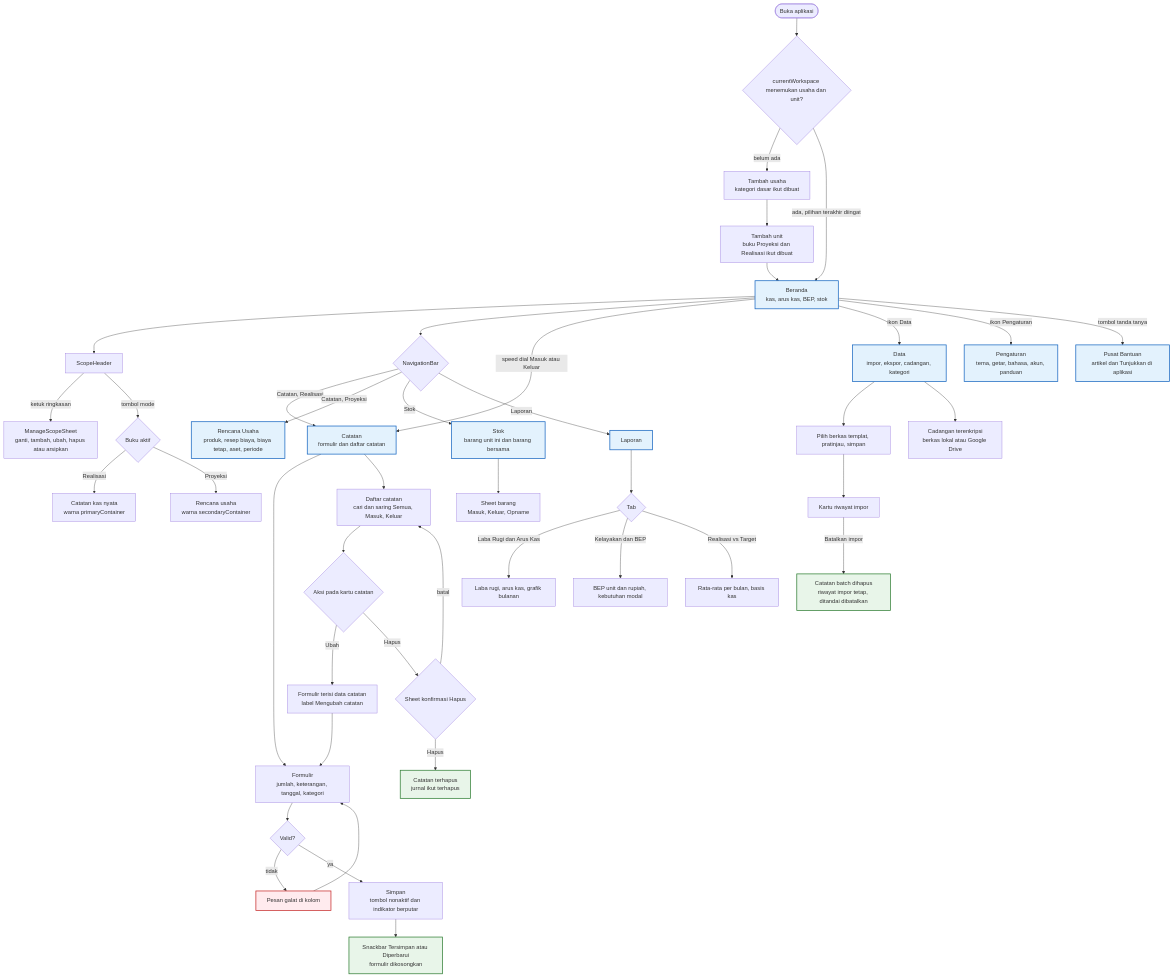
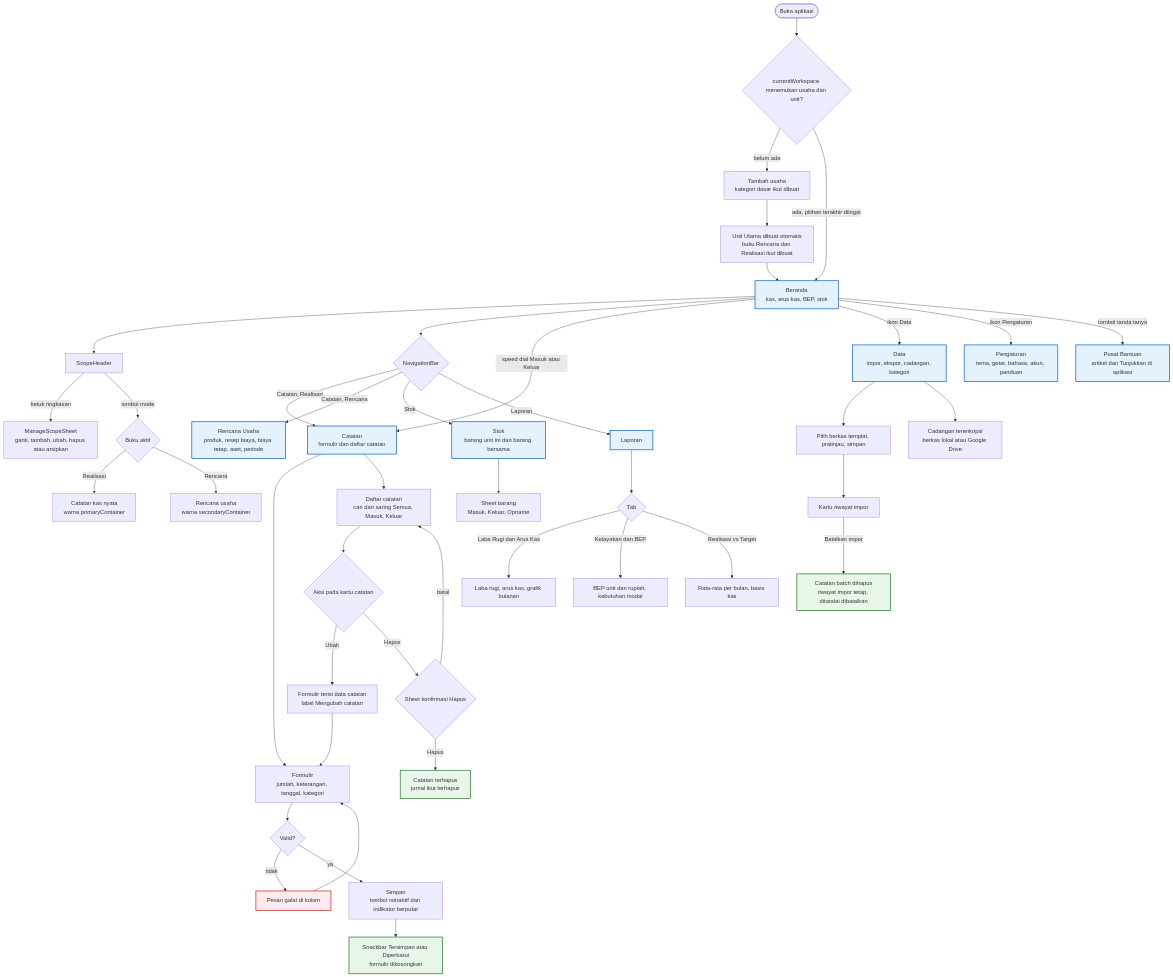
The diagram in docs/diagrams/05_user_flow_diagram.md (adsurkasur/Mankeu), drawn with Mermaid before and after one commit. The commit also changed other lines of this file and 94 other files, not shown here.

First line of the commit message:
feat(mankeu): sync between phones as a release feature (DEC-024, schema 12)

````diff
--- a/docs/diagrams/05_user_flow_diagram.md
+++ b/docs/diagrams/05_user_flow_diagram.md
@@ -5,57 +5,57 @@
 ```mermaid
 flowchart TD
     launch(["Buka aplikasi"]) --> workspace{"currentWorkspace menemukan usaha dan unit?"}
     workspace -->|"belum ada"| addBusiness["Tambah usaha<br/>kategori dasar ikut dibuat"]
-    addBusiness --> addProject["Tambah unit<br/>buku Proyeksi dan Realisasi ikut dibuat"]
+    addBusiness --> addProject["Unit Utama dibuat otomatis<br/>buku Rencana dan Realisasi ikut dibuat"]
     addProject --> home
     workspace -->|"ada, pilihan terakhir diingat"| home["Beranda<br/>kas, arus kas, BEP, stok"]
 
     home --> scopeHeader["ScopeHeader"]
     scopeHeader -->|"ketuk ringkasan"| scopeSheet["ManageScopeSheet<br/>ganti, tambah, ubah, hapus atau arsipkan"]
     scopeHeader -->|"tombol mode"| modeChoice{"Buku aktif"}
     modeChoice -->|"Realisasi"| actualBook["Catatan kas nyata<br/>warna primaryContainer"]
-    modeChoice -->|"Proyeksi"| planBook["Rencana usaha<br/>warna secondaryContainer"]
+    modeChoice -->|"Rencana"| planBook["Rencana usaha<br/>warna secondaryContainer"]
 
     home --> navBar{"NavigationBar"}
     navBar -->|"Catatan, Realisasi"| entry["Catatan<br/>formulir dan daftar catatan"]
-    navBar -->|"Catatan, Proyeksi"| planPage["Rencana Usaha<br/>produk, resep biaya, biaya tetap, aset, periode"]
+    navBar -->|"Catatan, Rencana"| planPage["Rencana Usaha<br/>produk, resep biaya, biaya tetap, aset, periode"]
     home -->|"speed dial Masuk atau Keluar"| entry
     entry --> entryForm["Formulir<br/>jumlah, keterangan, tanggal, kategori"]
     entryForm --> validate{"Valid?"}
     validate -->|"tidak"| fieldError["Pesan galat di kolom"]
     fieldError --> entryForm
     validate -->|"ya"| saving["Simpan<br/>tombol nonaktif dan indikator berputar"]
     saving --> saved["Snackbar Tersimpan atau Diperbarui<br/>formulir dikosongkan"]
 
     entry --> recordList["Daftar catatan<br/>cari dan saring Semua, Masuk, Keluar"]
     recordList --> eventAction{"Aksi pada kartu catatan"}
     eventAction -->|"Ubah"| editForm["Formulir terisi data catatan<br/>label Mengubah catatan"]
     editForm --> entryForm
     eventAction -->|"Hapus"| confirmDelete{"Sheet konfirmasi Hapus"}
     confirmDelete -->|"batal"| recordList
     confirmDelete -->|"Hapus"| deleted["Catatan terhapus<br/>jurnal ikut terhapus"]
 
     navBar -->|"Stok"| stock["Stok<br/>barang unit ini dan barang bersama"]
     stock --> stockSheet["Sheet barang<br/>Masuk, Keluar, Opname"]
 
     navBar -->|"Laporan"| reports["Laporan"]
     reports --> reportTabs{"Tab"}
     reportTabs -->|"Laba Rugi dan Arus Kas"| summaryTab["Laba rugi, arus kas, grafik bulanan"]
     reportTabs -->|"Kelayakan dan BEP"| feasibilityTab["BEP unit dan rupiah, kebutuhan modal"]
     reportTabs -->|"Realisasi vs Target"| compareTab["Rata-rata per bulan, basis kas"]
 
     home -->|"ikon Data"| dataOverlay["Data<br/>impor, ekspor, cadangan, kategori"]
     dataOverlay --> importFlow["Pilih berkas templat, pratinjau, simpan"]
     importFlow --> batchCard["Kartu riwayat impor"]
     batchCard -->|"Batalkan impor"| undoImport["Catatan batch dihapus<br/>riwayat impor tetap, ditandai dibatalkan"]
     dataOverlay --> backupFlow["Cadangan terenkripsi<br/>berkas lokal atau Google Drive"]
     home -->|"ikon Pengaturan"| settingsOverlay["Pengaturan<br/>tema, getar, bahasa, akun, panduan"]
     home -->|"tombol tanda tanya"| helpOverlay["Pusat Bantuan<br/>artikel dan Tunjukkan di aplikasi"]
 
     classDef screen fill:#E3F2FD,stroke:#1565C0,stroke-width:2px
     classDef blocked fill:#FFEBEE,stroke:#C62828,stroke-width:2px
     classDef success fill:#E8F5E9,stroke:#2E7D32,stroke-width:2px
     class home,entry,planPage,stock,reports,dataOverlay,settingsOverlay,helpOverlay screen
     class fieldError blocked
     class saved,deleted,undoImport success
 ```
````
